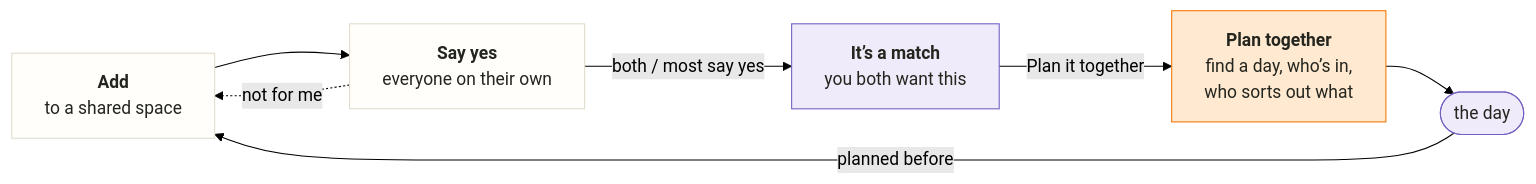
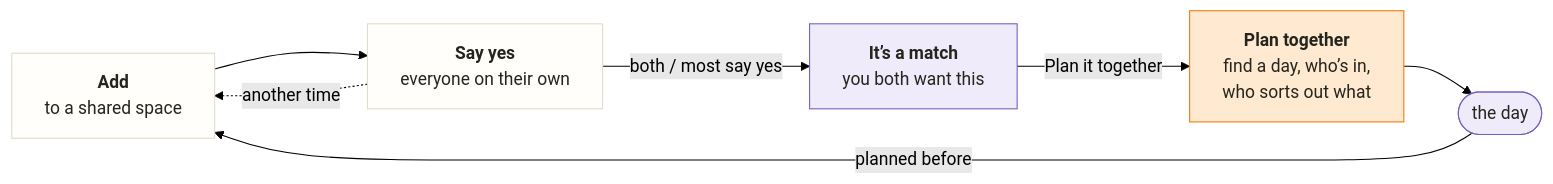
One commit to BaZom/IdeaMemory changed the second of 2 diagrams in docs/roadmap.md. Above: the diagram before and after it, drawn with Mermaid (forest theme). The commit also changed other lines of this file and 5 other files, not shown here.

First line of the commit message:
Calm the first page: space tabs, a card deck, Another time

````diff
--- a/docs/roadmap.md
+++ b/docs/roadmap.md
@@ -63,22 +63,22 @@
 ```mermaid
 flowchart LR
     A["<b>Add</b><br/>to a shared space"]
     Y["<b>Say yes</b><br/>everyone on their own"]
     X["<b>It’s a match</b><br/>you both want this"]
     T["<b>Plan together</b><br/>find a day, who’s in,<br/>who sorts out what"]
     D(["the day"])
 
     A --> Y
     Y -- "both / most say yes" --> X
-    Y -. "not for me" .-> A
+    Y -. "another time" .-> A
     X -- "Plan it together" --> T
     T --> D
     D -- "planned before" --> A
 
     classDef step fill:#FFFEFA,stroke:#E0DDCC,color:#24251E
     classDef key fill:#FFEAD1,stroke:#F57908,color:#24251E
     classDef us fill:#F0EBFA,stroke:#7560C0,color:#24251E
     class A,Y step
     class T key
     class X,D us
 ```
````
